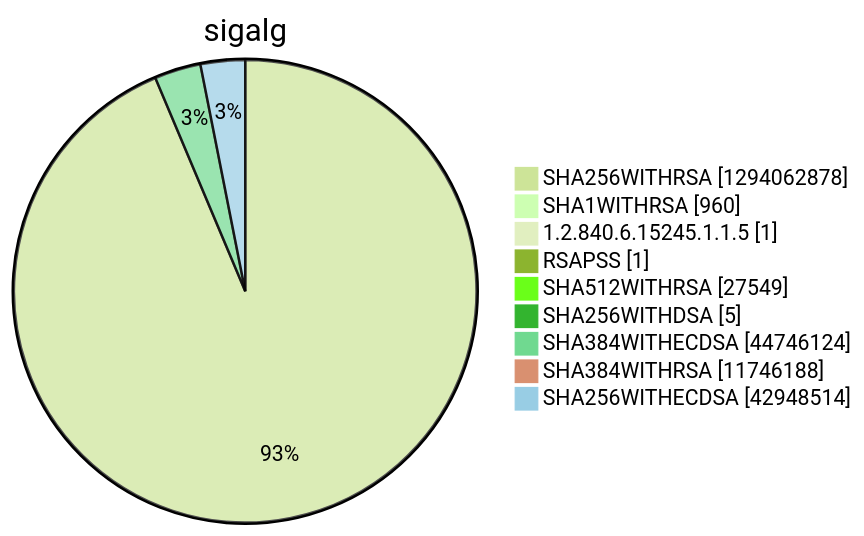
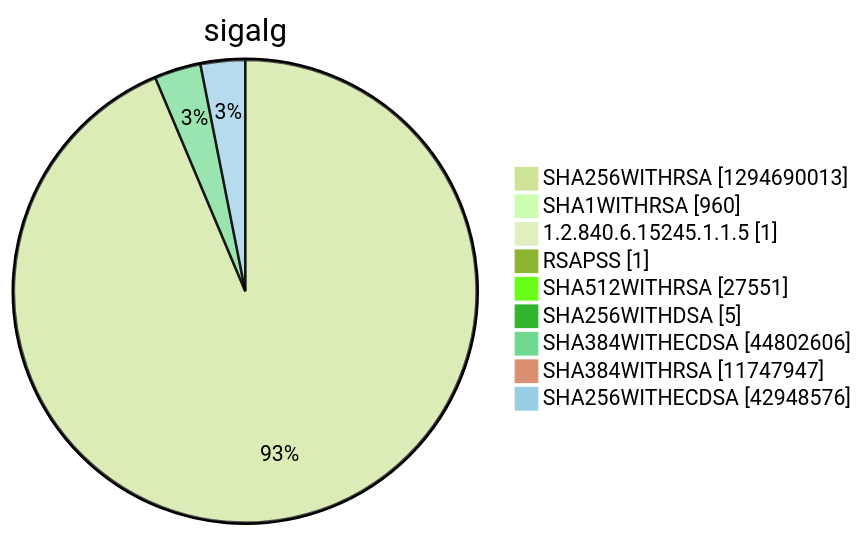
Diagram 15 of 15 in argon2022/README.md (christiankrug/ctmonitor_visualization), drawn with Mermaid (forest theme) before and after one commit. The commit also changed other lines of this file, not shown here.

````diff
--- a/argon2022/README.md
+++ b/argon2022/README.md
@@ -5523,13 +5523,13 @@
 ```mermaid
 pie showData
 title sigalg
-"SHA256WITHRSA" :1294062878
+"SHA256WITHRSA" :1294690013
 "SHA1WITHRSA" :960
 "1.2.840.6.15245.1.1.5" :1
 "RSAPSS" :1
-"SHA512WITHRSA" :27549
+"SHA512WITHRSA" :27551
 "SHA256WITHDSA" :5
-"SHA384WITHECDSA" :44746124
-"SHA384WITHRSA" :11746188
-"SHA256WITHECDSA" :42948514
+"SHA384WITHECDSA" :44802606
+"SHA384WITHRSA" :11747947
+"SHA256WITHECDSA" :42948576
 ```
````
